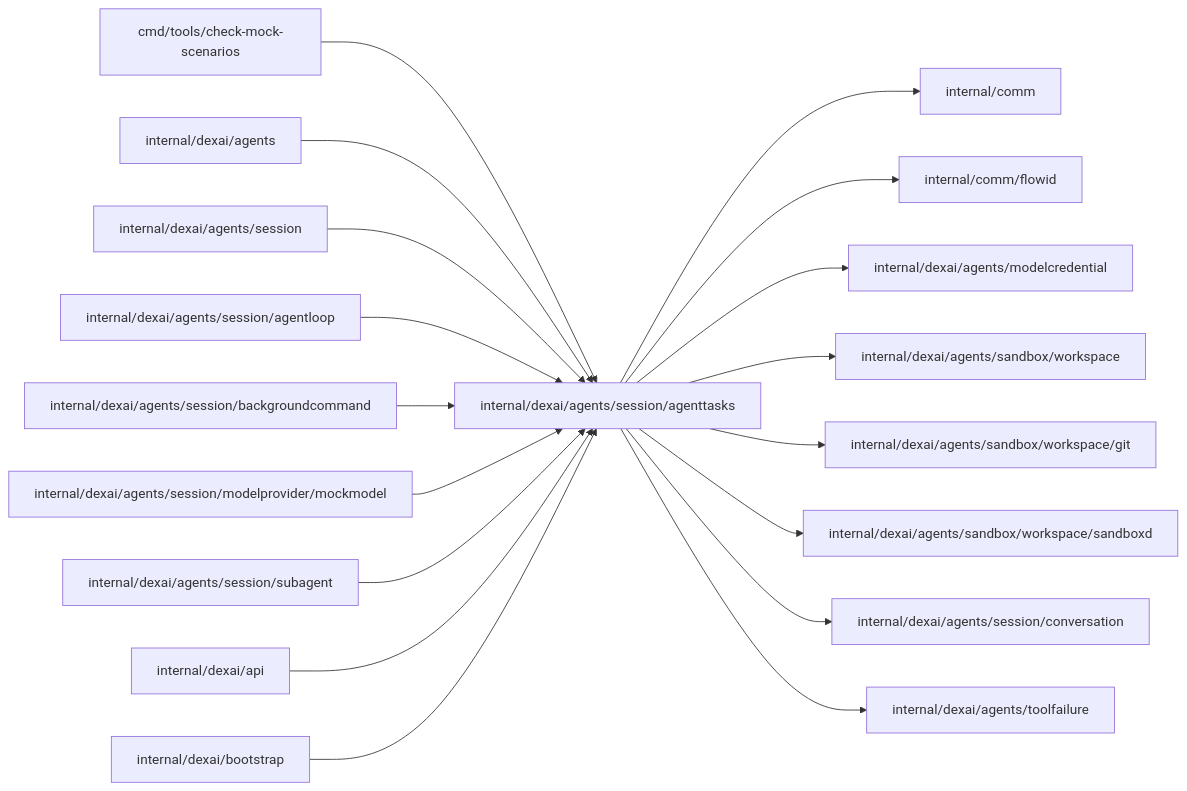
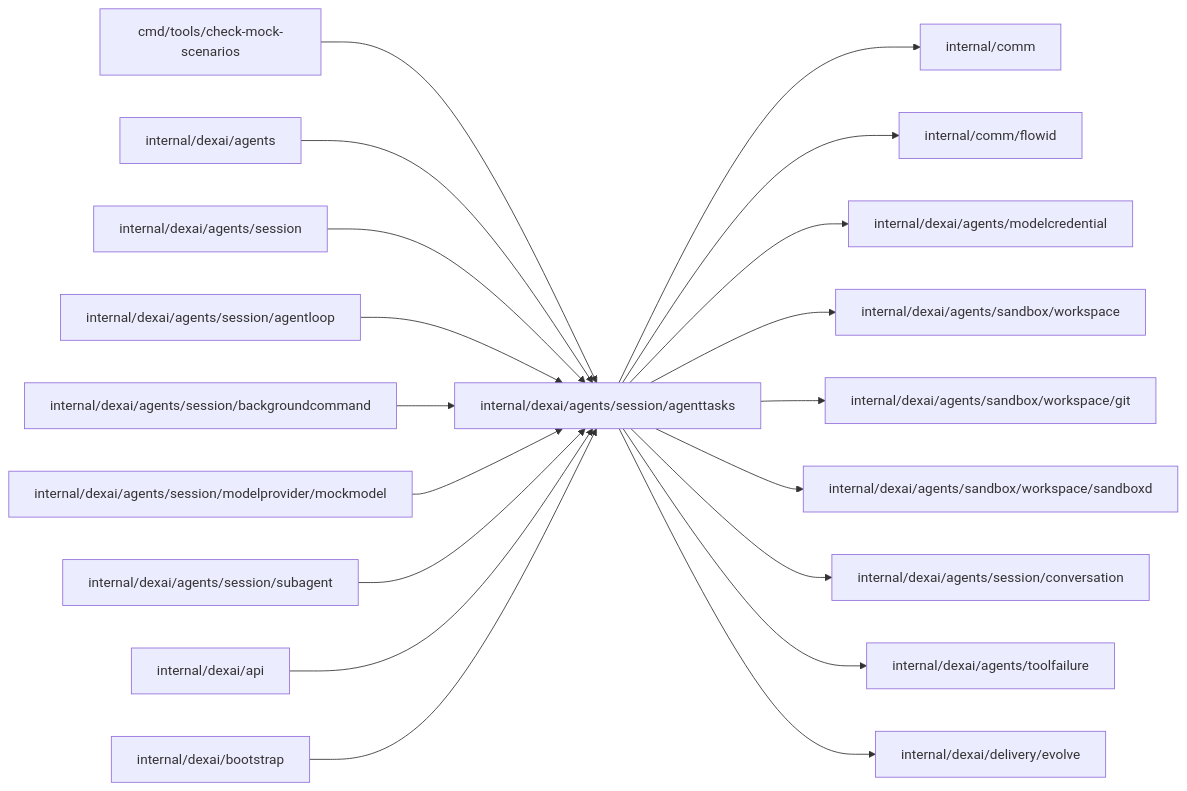
One commit to superdurable/superverse changed the diagram in internal/dexai/agents/session/agenttasks/README.md. Above: the diagram before and after it, drawn with Mermaid. The commit also changed other lines of this file and 226 other files, not shown here.

````diff
--- a/internal/dexai/agents/session/agenttasks/README.md
+++ b/internal/dexai/agents/session/agenttasks/README.md
@@ -10,21 +10,22 @@
 ```mermaid
 flowchart LR
   self["internal/dexai/agents/session/agenttasks"]
   c0["cmd/tools/check-mock-scenarios"] --> self
   c1["internal/dexai/agents"] --> self
   c2["internal/dexai/agents/session"] --> self
   c3["internal/dexai/agents/session/agentloop"] --> self
   c4["internal/dexai/agents/session/backgroundcommand"] --> self
   c5["internal/dexai/agents/session/modelprovider/mockmodel"] --> self
   c6["internal/dexai/agents/session/subagent"] --> self
   c7["internal/dexai/api"] --> self
   c8["internal/dexai/bootstrap"] --> self
   self --> d0["internal/comm"]
   self --> d1["internal/comm/flowid"]
   self --> d2["internal/dexai/agents/modelcredential"]
   self --> d3["internal/dexai/agents/sandbox/workspace"]
   self --> d4["internal/dexai/agents/sandbox/workspace/git"]
   self --> d5["internal/dexai/agents/sandbox/workspace/sandboxd"]
   self --> d6["internal/dexai/agents/session/conversation"]
   self --> d7["internal/dexai/agents/toolfailure"]
+  self --> d8["internal/dexai/delivery/evolve"]
 ```
````
